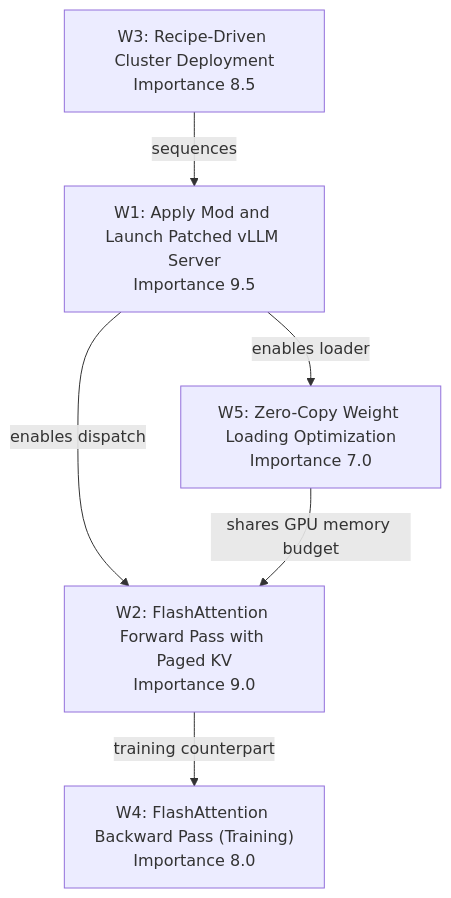
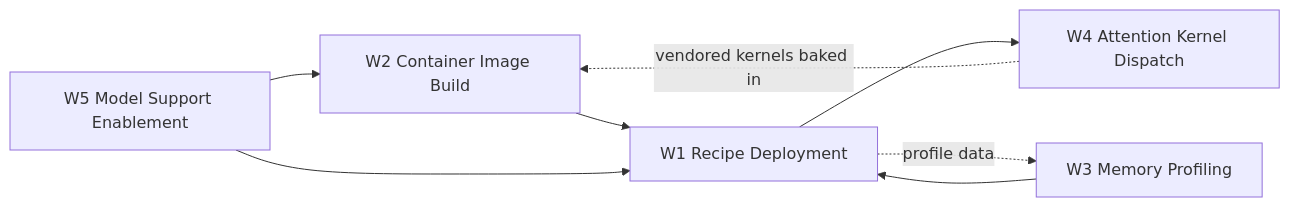
Before and after one commit to jpfulton-fultonengineeringservices/spark-vllm-docker: the first of 15 diagrams in deepwiki-rs-docs/3.Workflow.md, drawn with Mermaid. The commit also changed other lines of this file and 156 other files, not shown here.

````diff
--- a/deepwiki-rs-docs/3.Workflow.md
+++ b/deepwiki-rs-docs/3.Workflow.md
@@ -22,14 +54,10 @@
 ```mermaid
-graph TD
-    W1["W1: Apply Mod and Launch Patched vLLM Server<br/>Importance 9.5"]
-    W2["W2: FlashAttention Forward Pass with Paged KV<br/>Importance 9.0"]
-    W3["W3: Recipe-Driven Cluster Deployment<br/>Importance 8.5"]
-    W4["W4: FlashAttention Backward Pass (Training)<br/>Importance 8.0"]
-    W5["W5: Zero-Copy Weight Loading Optimization<br/>Importance 7.0"]
-
-    W3 -->|"sequences"| W1
-    W1 -->|"enables dispatch"| W2
-    W1 -->|"enables loader"| W5
-    W2 -->|"training counterpart"| W4
-    W5 -->|"shares GPU memory budget"| W2
+flowchart LR
+    W2["W2 Container Image Build"] --> W1["W1 Recipe Deployment"]
+    W3["W3 Memory Profiling"] --> W1
+    W1 --> W4["W4 Attention Kernel Dispatch"]
+    W5["W5 Model Support Enablement"] --> W1
+    W5 --> W2
+    W1 -. profile data .-> W3
+    W4 -. vendored kernels baked in .-> W2
 ```
````
